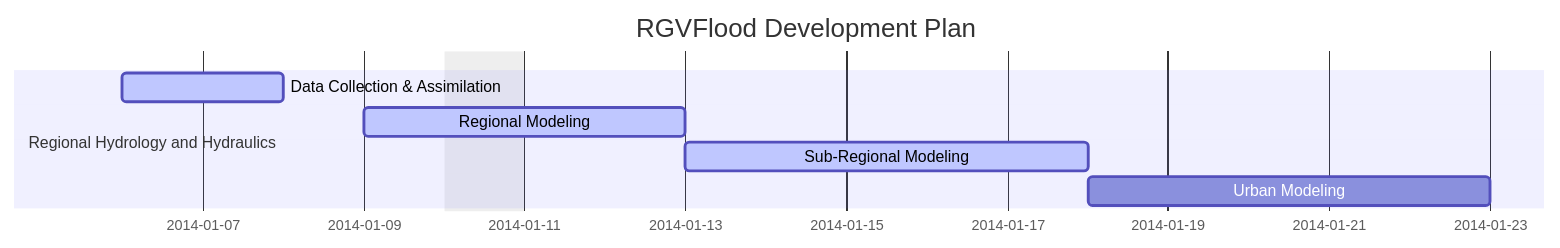
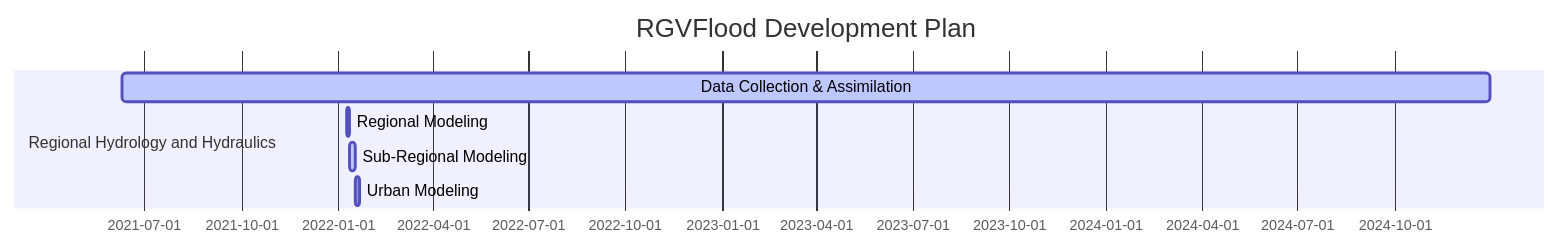
The diagram in src/development/index.rst (RATESResearch/GeoNode), drawn with Mermaid before and after one commit.

```diff
--- a/src/development/index.rst
+++ b/src/development/index.rst
@@ -4,12 +4,12 @@
 .. mermaid:: 
 
     gantt
     dateFormat  YYYY-MM-DD
     title RGVFlood Development Plan
     excludes weekdays 2014-01-10
 
     section Regional Hydrology and Hydraulics
-    Data Collection & Assimilation  :active,    des1, 2014-01-06,2014-01-08
-    Regional Modeling               :active,  des2, 2014-01-09, 3d
+    Data Collection & Assimilation  :active, dca, 2021-06-10, 2024-12-31
+    Regional Modeling               :active, des2, 2022-01-09, 3d
     Sub-Regional Modeling           :active,         des3, after des2, 5d
     Urban Modeling                  :         des4, after des3, 5d
```
